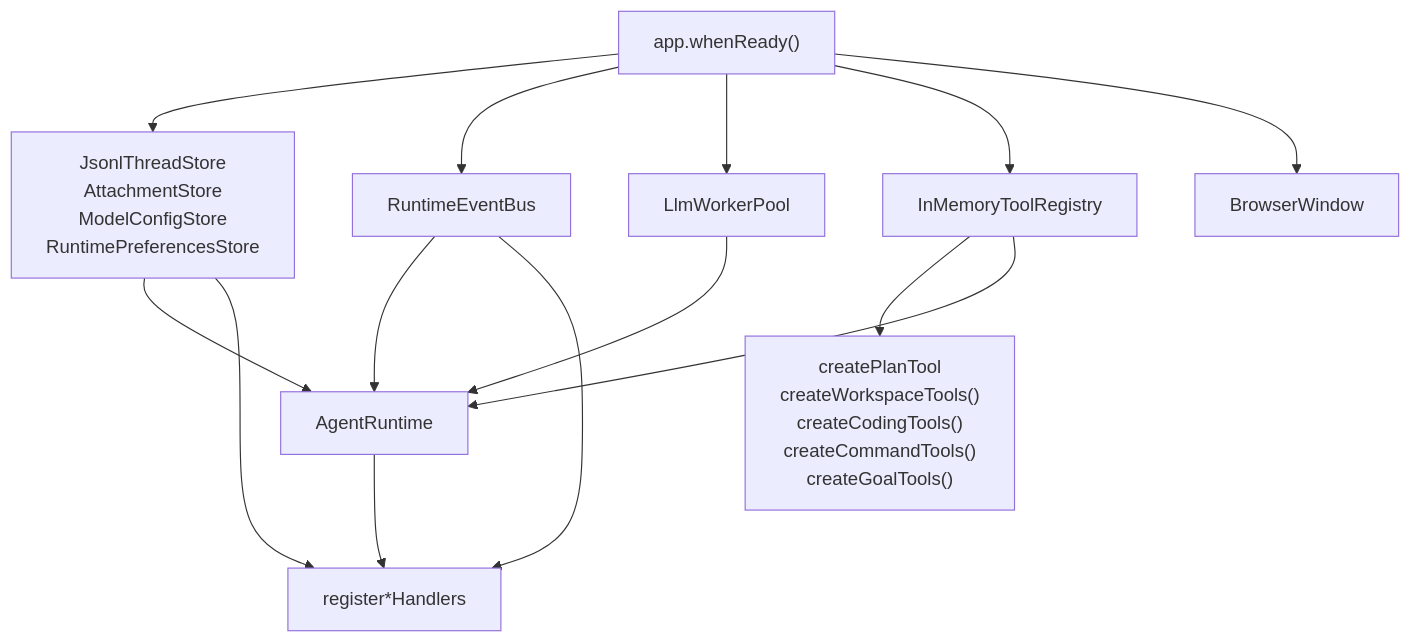
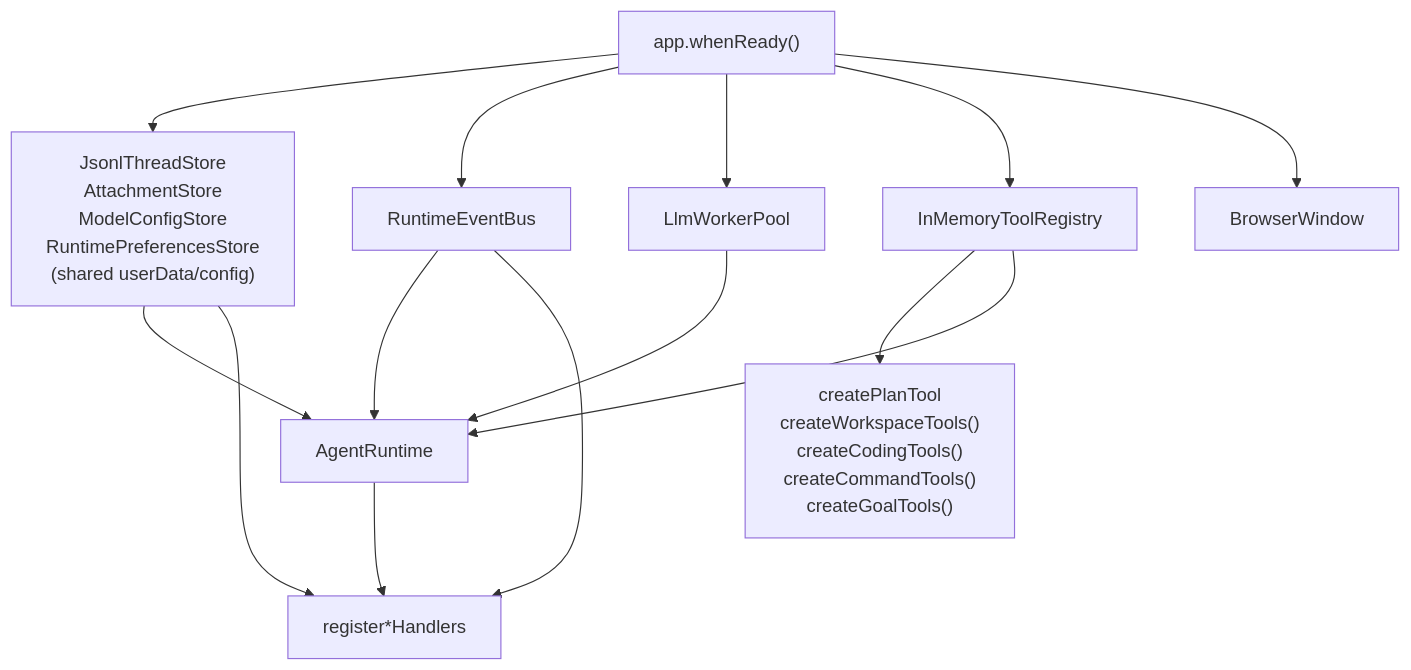
The third of 3 diagrams in docs/project-map.md (dp-sudo/agent-pyramid-desktop), drawn with Mermaid before and after one commit. The commit also changed other lines of this file and 24 other files, not shown here.

````diff
--- a/docs/project-map.md
+++ b/docs/project-map.md
@@ -127,26 +127,26 @@
 ```mermaid
 flowchart TD
   AppReady["app.whenReady()"]
-  Stores["JsonlThreadStore\nAttachmentStore\nModelConfigStore\nRuntimePreferencesStore"]
+  Stores["JsonlThreadStore\nAttachmentStore\nModelConfigStore\nRuntimePreferencesStore\n(shared userData/config)"]
   Bus["RuntimeEventBus"]
   Pool["LlmWorkerPool"]
   Registry["InMemoryToolRegistry"]
   Tools["createPlanTool\ncreateWorkspaceTools()\ncreateCodingTools()\ncreateCommandTools()\ncreateGoalTools()"]
   Runtime["AgentRuntime"]
   Handlers["register*Handlers"]
   Window["BrowserWindow"]
 
   AppReady --> Stores
   AppReady --> Bus
   AppReady --> Pool
   AppReady --> Registry
   Registry --> Tools
   Stores --> Runtime
   Bus --> Runtime
   Pool --> Runtime
   Registry --> Runtime
   Runtime --> Handlers
   Stores --> Handlers
   Bus --> Handlers
   AppReady --> Window
 ```
````
